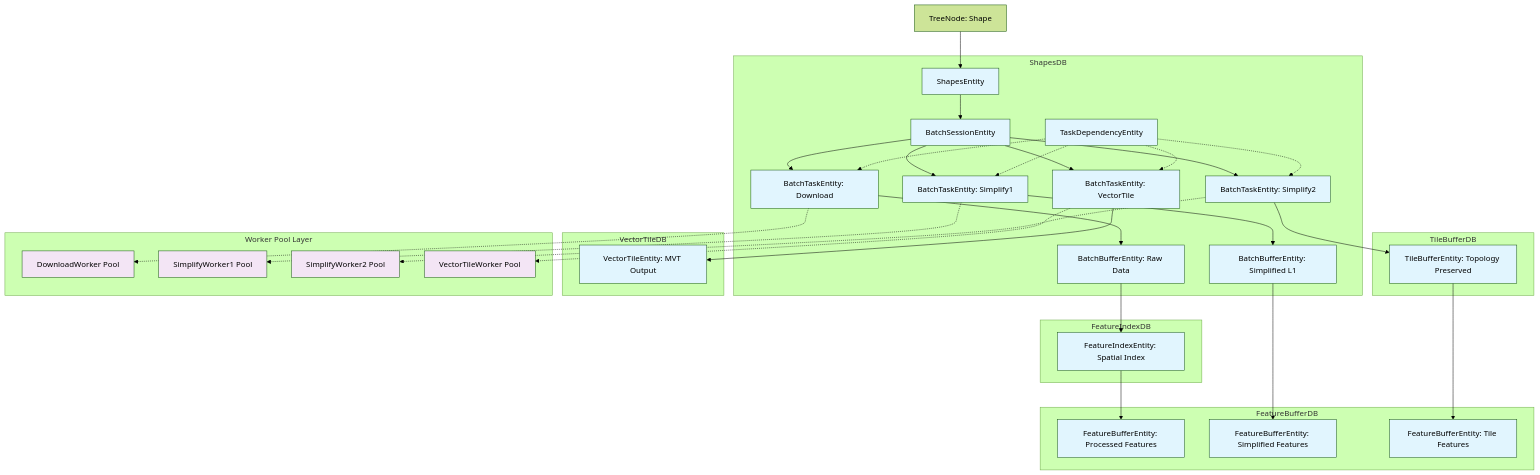
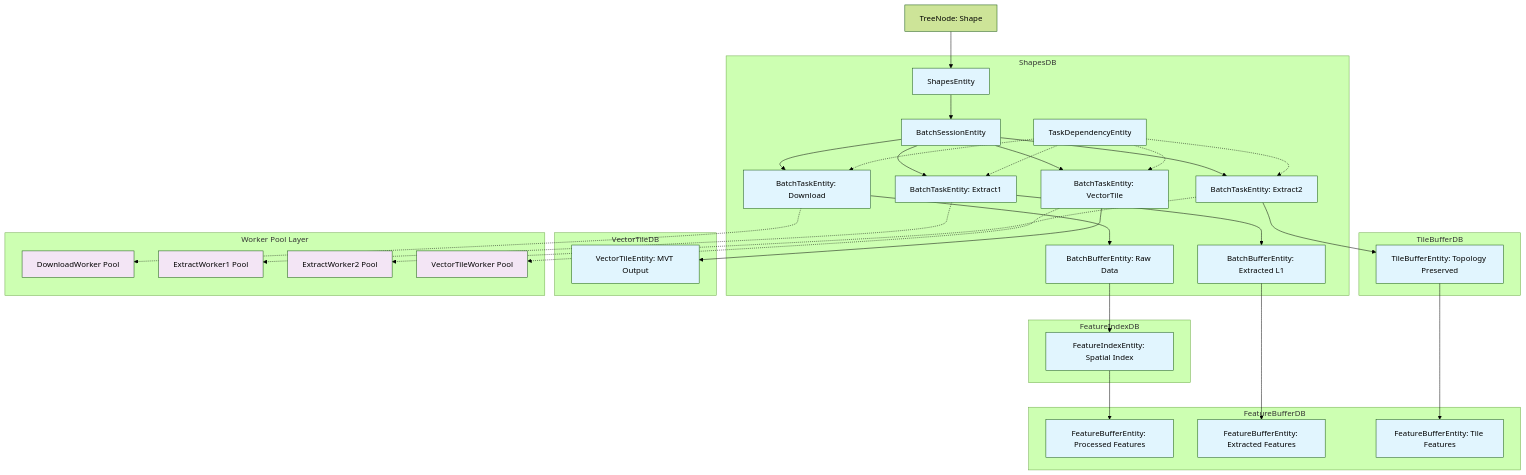
The third of 3 diagrams in docs/deprecated/REPORT/shape/data-model.md (kubohiroya/hierarchidb), drawn with Mermaid (forest theme) before and after one commit. The commit also changed other lines of this file and 185 other files, not shown here.

```diff
--- a/docs/deprecated/REPORT/shape/data-model.md
+++ b/docs/deprecated/REPORT/shape/data-model.md
@@ -1149,8 +1149,8 @@
     
     %% Task Management Layer
     C --> D[BatchTaskEntity: Download]
-    C --> E[BatchTaskEntity: Simplify1]
-    C --> F[BatchTaskEntity: Simplify2] 
+    C --> E[BatchTaskEntity: Extract1]
+    C --> F[BatchTaskEntity: Extract2] 
     C --> G[BatchTaskEntity: VectorTile]
     
     %% Dependency Management
@@ -1164,8 +1164,8 @@
     I --> J[FeatureIndexEntity: Spatial Index]
     J --> K[FeatureBufferEntity: Processed Features]
     
-    E --> L[BatchBufferEntity: Simplified L1]
-    L --> M[FeatureBufferEntity: Simplified Features]
+    E --> L[BatchBufferEntity: Extracted L1]
+    L --> M[FeatureBufferEntity: Extracted Features]
     
     F --> N[TileBufferEntity: Topology Preserved]
     N --> O[FeatureBufferEntity: Tile Features]
@@ -1206,8 +1206,8 @@
     %% Worker Processing
     subgraph "Worker Pool Layer"
         W1[DownloadWorker Pool]
-        W2[SimplifyWorker1 Pool]
-        W3[SimplifyWorker2 Pool]
+        W2[ExtractWorker1 Pool]
+        W3[ExtractWorker2 Pool]
         W4[VectorTileWorker Pool]
     end
     
```
